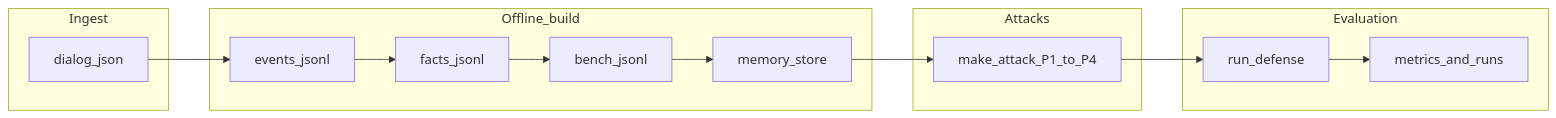
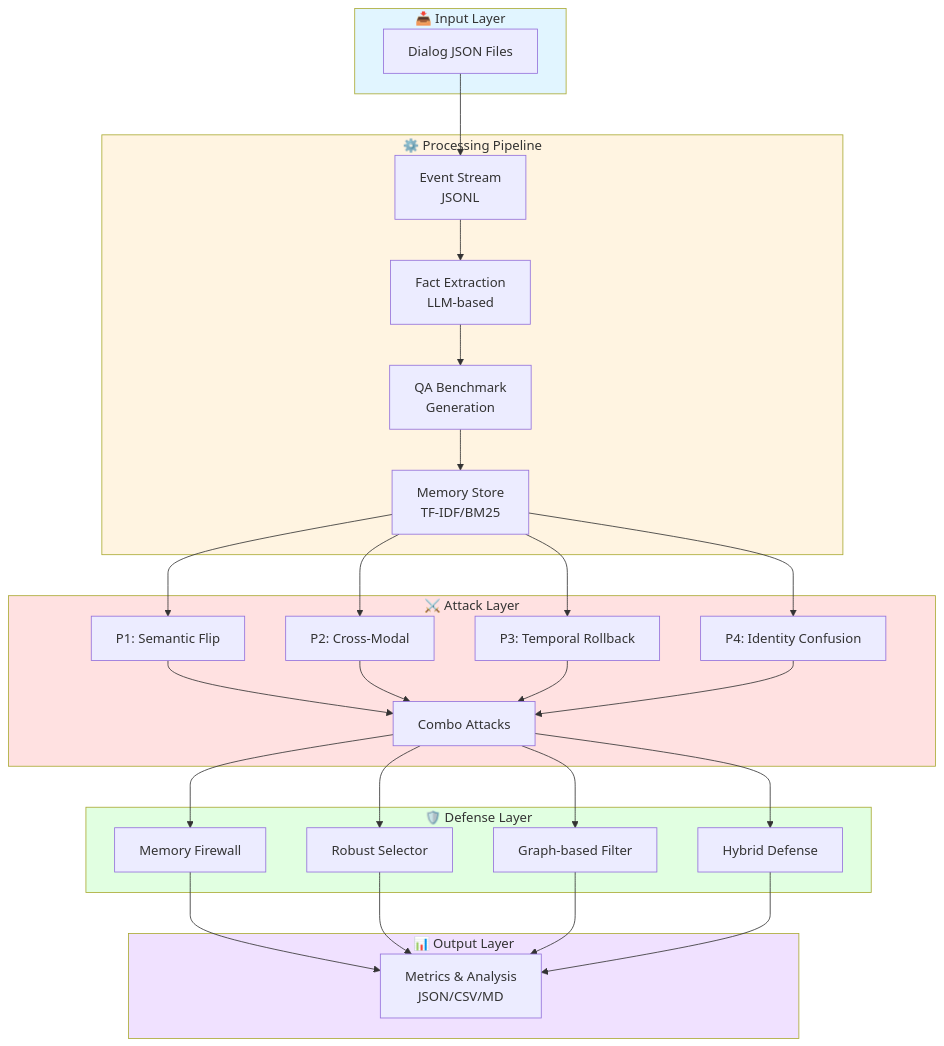
The first of 3 diagrams in README.md (xinxin2021110/jianxin_novel_reader), drawn with Mermaid before and after one commit. The commit also changed other lines of this file, not shown here.

````diff
--- a/README.md
+++ b/README.md
@@ -40,21 +35,47 @@
 ```mermaid
-flowchart LR
-  subgraph ingest [Ingest]
-    D[dialog_json]
-  end
-  subgraph offline [Offline_build]
-    E[events_jsonl]
-    F[facts_jsonl]
-    G[bench_jsonl]
-    H[memory_store]
-  end
-  subgraph atk [Attacks]
-    M[make_attack_P1_to_P4]
-  end
-  subgraph eval [Evaluation]
-    R[run_defense]
-    O[metrics_and_runs]
-  end
-  D --> E --> F --> G --> H
-  H --> M --> R --> O
+graph TB
+    subgraph Input["📥 Input Layer"]
+        A[Dialog JSON Files]
+    end
+    
+    subgraph Processing["⚙️ Processing Pipeline"]
+        B[Event Stream<br/>JSONL]
+        C[Fact Extraction<br/>LLM-based]
+        D[QA Benchmark<br/>Generation]
+        E[Memory Store<br/>TF-IDF/BM25]
+    end
+    
+    subgraph Attack["⚔️ Attack Layer"]
+        F1[P1: Semantic Flip]
+        F2[P2: Cross-Modal]
+        F3[P3: Temporal Rollback]
+        F4[P4: Identity Confusion]
+        F5[Combo Attacks]
+    end
+    
+    subgraph Defense["🛡️ Defense Layer"]
+        G1[Memory Firewall]
+        G2[Robust Selector]
+        G3[Graph-based Filter]
+        G4[Hybrid Defense]
+    end
+    
+    subgraph Output["📊 Output Layer"]
+        H[Metrics & Analysis<br/>JSON/CSV/MD]
+    end
+    
+    A --> B
+    B --> C
+    C --> D
+    D --> E
+    E --> F1 & F2 & F3 & F4
+    F1 & F2 & F3 & F4 --> F5
+    F5 --> G1 & G2 & G3 & G4
+    G1 & G2 & G3 & G4 --> H
+    
+    style Input fill:#e1f5ff
+    style Processing fill:#fff4e1
+    style Attack fill:#ffe1e1
+    style Defense fill:#e1ffe1
+    style Output fill:#f0e1ff
 ```
````
